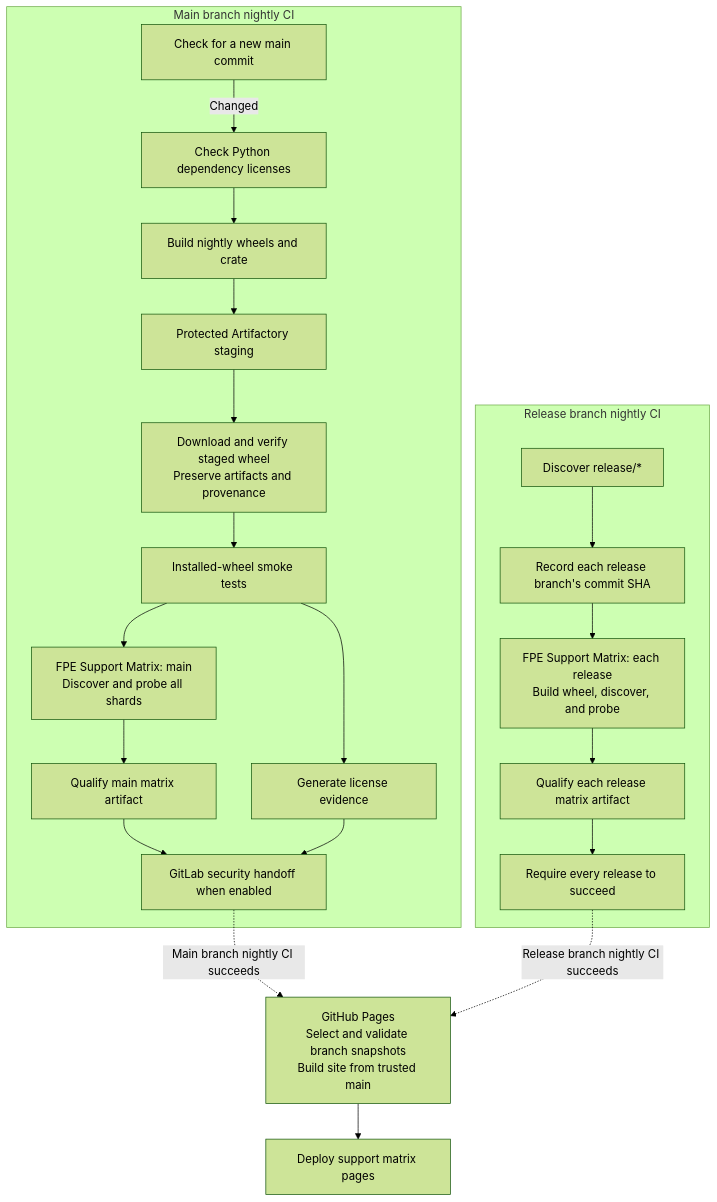
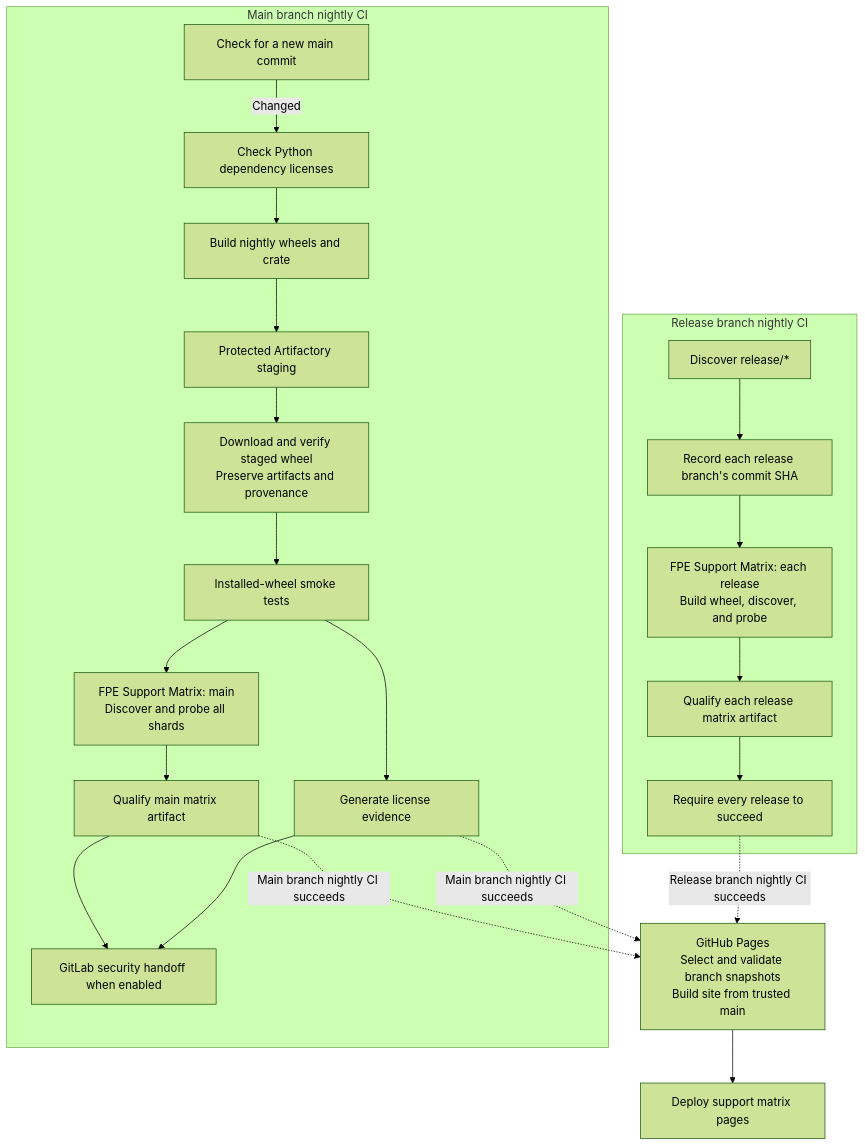
One commit to carlory/aisimulate changed the second of 2 diagrams in docs/ci.md. Above: the diagram before and after it, drawn with Mermaid (forest theme). The commit also changed other lines of this file and 5 other files, not shown here.

````diff
--- a/docs/ci.md
+++ b/docs/ci.md
@@ -63,26 +63,27 @@
 ```mermaid
 flowchart TD
     subgraph MainNightly["Main branch nightly CI"]
         MainGuard["Check for a new main commit"] -->|Changed| Licenses["Check Python dependency licenses"]
         Licenses --> Build["Build nightly wheels and crate"]
         Build --> NightlyStage["Protected Artifactory staging"]
         NightlyStage --> Verify["Download and verify staged wheel<br/>Preserve artifacts and provenance"]
         Verify --> Smoke["Installed-wheel smoke tests"]
         Smoke --> MainFPE["FPE Support Matrix: main<br/>Discover and probe all shards"]
         Smoke --> Evidence["Generate license evidence"]
         MainFPE --> MainQualified["Qualify main matrix artifact"]
         MainQualified --> Security["GitLab security handoff when enabled"]
         Evidence --> Security
     end
 
     subgraph ReleaseNightly["Release branch nightly CI"]
         Discover["Discover release/*"] --> Pin["Record each release branch's commit SHA"]
         Pin --> PerRelease["FPE Support Matrix: each release<br/>Build wheel, discover, and probe"]
         PerRelease --> ReleaseQualified["Qualify each release matrix artifact"]
         ReleaseQualified --> AllReleases["Require every release to succeed"]
     end
 
-    Security -.->|Main branch nightly CI succeeds| Pages["GitHub Pages<br/>Select and validate branch snapshots<br/>Build site from trusted main"]
+    MainQualified -.->|Main branch nightly CI succeeds| Pages["GitHub Pages<br/>Select and validate branch snapshots<br/>Build site from trusted main"]
+    Evidence -.->|Main branch nightly CI succeeds| Pages
     AllReleases -.->|Release branch nightly CI succeeds| Pages
     Pages --> Deploy["Deploy support matrix pages"]
 ```
````
